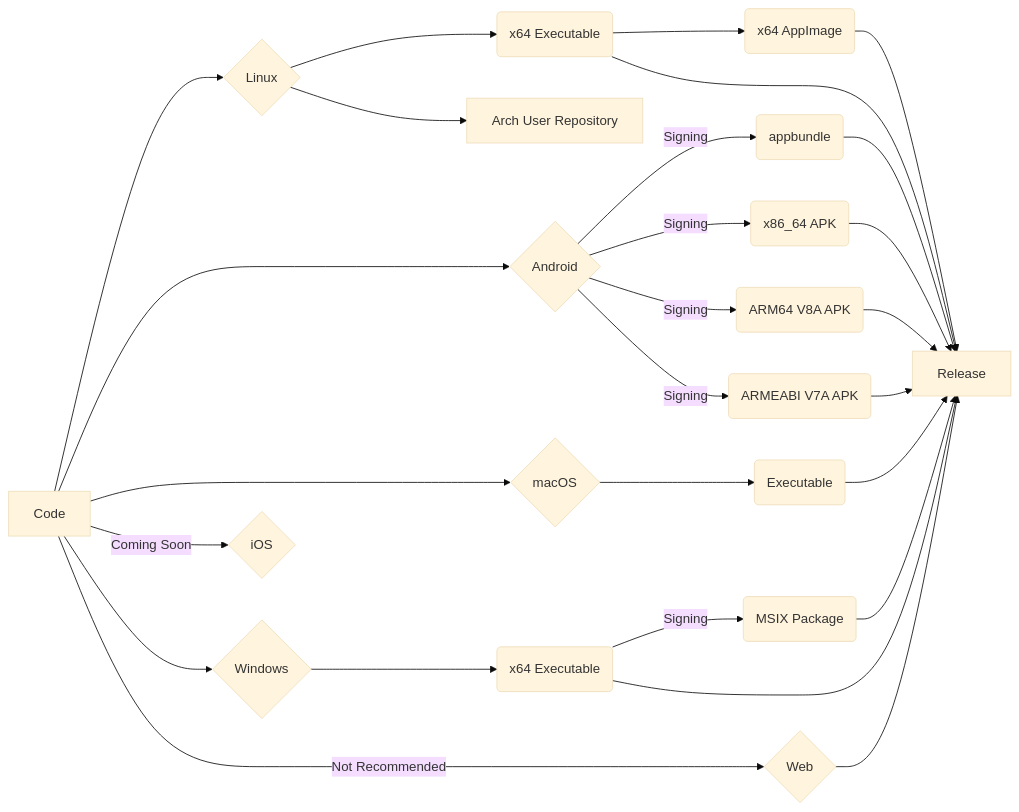
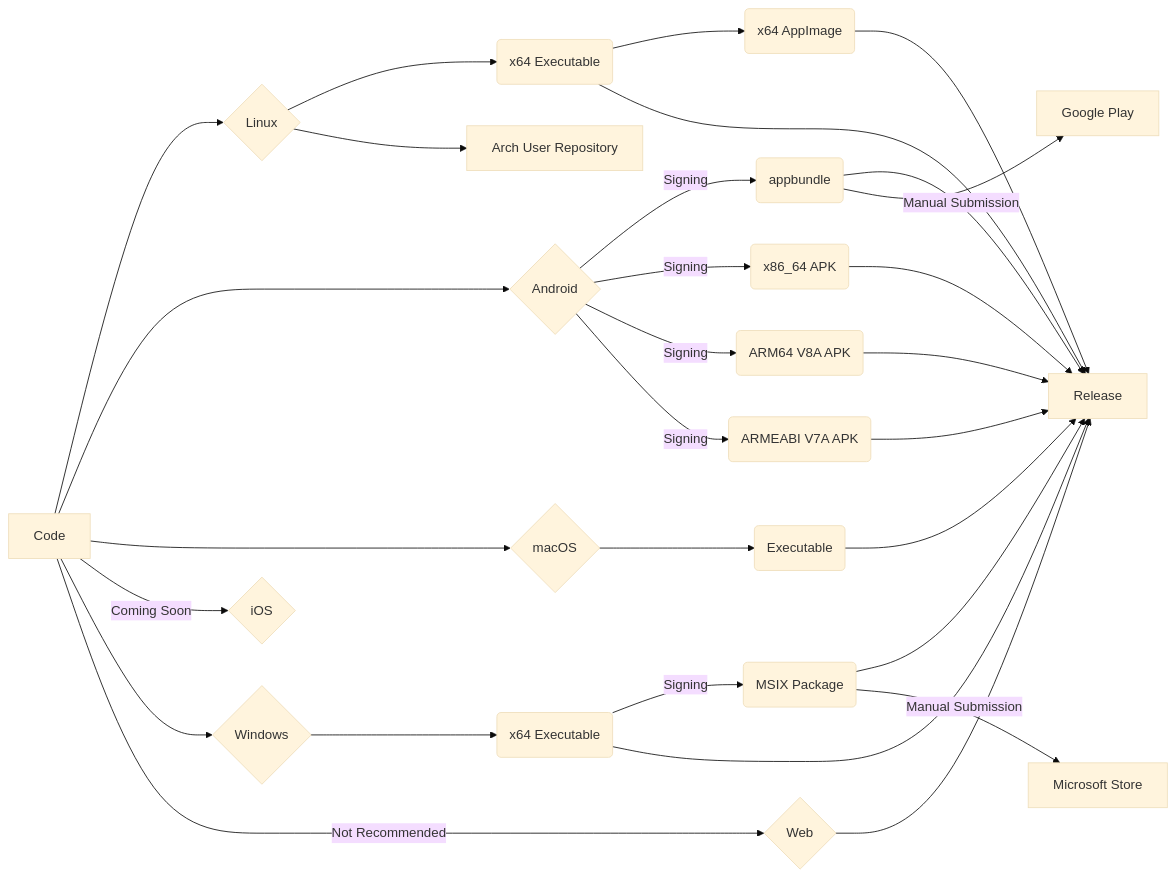
Before and after one commit to bitscoper/Bitscoper_Cyber_ToolBox: the diagram in README.md, drawn with Mermaid (base theme).

Commit message:
Added Manual Submission Flow in Mermaid Chart.

````diff
--- a/README.md
+++ b/README.md
@@ -46,37 +46,40 @@
 ```mermaid
 flowchart LR
 
 Code[Code] --> Linux{Linux}
 Linux --> Linux_x64_Executable(x64 Executable)
 Linux_x64_Executable --> Linux_x64_AppImage(x64 AppImage)
 
 Code --> Android{Android}
 Android --> |Signing| Android_appbundle(appbundle)
 Android --> |Signing| Android_x86_64_APK(x86_64 APK)
 Android --> |Signing| Android_ARM64_V8A_APK(ARM64 V8A APK)
 Android --> |Signing| Android_ARMEABI_V7A_APK(ARMEABI V7A APK)
 
 Code --> macOS{macOS}
 macOS --> macOS_Executable(Executable)
 
 Code --> |Coming Soon| iOS{iOS}
 
 Code --> Windows{Windows}
 Windows --> Windows_x64_Executable(x64 Executable)
 Windows_x64_Executable --> |Signing| Windows_x64_MSIX_Package(MSIX Package)
 
 Code --> |Not Recommended| Web{Web}
 
 Linux_x64_Executable --> Release[Release]
 Linux_x64_AppImage --> Release[Release]
 Android_appbundle --> Release[Release]
 Android_x86_64_APK --> Release[Release]
 Android_ARM64_V8A_APK --> Release[Release]
 Android_ARMEABI_V7A_APK --> Release[Release]
 macOS_Executable --> Release[Release]
 Windows_x64_Executable --> Release[Release]
 Windows_x64_MSIX_Package --> Release[Release]
 Web --> Release[Release]
 
 Linux --> AUR[Arch User Repository]
+
+Android_appbundle --> |Manual Submission| Google_Play[Google Play]
+Windows_x64_MSIX_Package --> |Manual Submission| Microsoft_Store[Microsoft Store]
 ```
````
